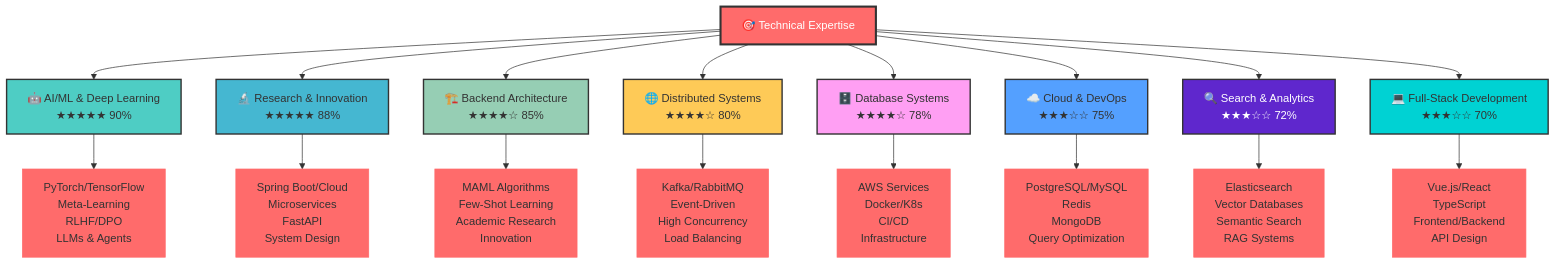
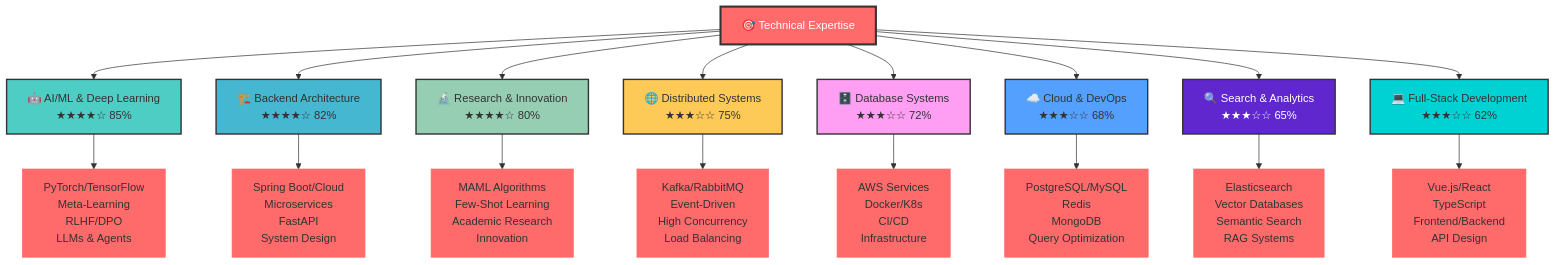
The diagram in README.md (PrescottClub/PrescottClub), drawn with Mermaid before and after one commit. The commit also changed other lines of this file, not shown here.

Commit message:
Adjust skill ratings to be more modest and realistic
- Reduced AI/ML from 90% to 85% (still strong but humble)
- Backend Architecture: 82% (7 years solid experience)
- Research & Innovation: 80% (active but learning)
- Other skills: 62-75% range (honest self-assessment)
- Updated both Mermaid chart and table for consistency

````diff
--- a/README.md
+++ b/README.md
@@ -75,31 +75,31 @@
 ```mermaid
 %%{init: {'theme':'base', 'themeVariables': { 'primaryColor': '#ff6b6b', 'primaryTextColor': '#333', 'primaryBorderColor': '#ff6b6b', 'lineColor': '#333', 'secondaryColor': '#006100', 'tertiaryColor': '#fff'}}}%%
 graph TD
-    A[🎯 Technical Expertise] --> B[🤖 AI/ML & Deep Learning<br/>★★★★★ 90%]
-    A --> C[🔬 Research & Innovation<br/>★★★★★ 88%]
-    A --> D[🏗️ Backend Architecture<br/>★★★★☆ 85%]
-    A --> E[🌐 Distributed Systems<br/>★★★★☆ 80%]
-    A --> F[🗄️ Database Systems<br/>★★★★☆ 78%]
-    A --> G[☁️ Cloud & DevOps<br/>★★★☆☆ 75%]
-    A --> H[🔍 Search & Analytics<br/>★★★☆☆ 72%]
-    A --> I[💻 Full-Stack Development<br/>★★★☆☆ 70%]
+    A[🎯 Technical Expertise] --> B[🤖 AI/ML & Deep Learning<br/>★★★★☆ 85%]
+    A --> C[🏗️ Backend Architecture<br/>★★★★☆ 82%]
+    A --> D[🔬 Research & Innovation<br/>★★★★☆ 80%]
+    A --> E[🌐 Distributed Systems<br/>★★★☆☆ 75%]
+    A --> F[🗄️ Database Systems<br/>★★★☆☆ 72%]
+    A --> G[☁️ Cloud & DevOps<br/>★★★☆☆ 68%]
+    A --> H[🔍 Search & Analytics<br/>★★★☆☆ 65%]
+    A --> I[💻 Full-Stack Development<br/>★★★☆☆ 62%]
 
     B --> B1[PyTorch/TensorFlow<br/>Meta-Learning<br/>RLHF/DPO<br/>LLMs & Agents]
     C --> C1[Spring Boot/Cloud<br/>Microservices<br/>FastAPI<br/>System Design]
     D --> D1[MAML Algorithms<br/>Few-Shot Learning<br/>Academic Research<br/>Innovation]
     E --> E1[Kafka/RabbitMQ<br/>Event-Driven<br/>High Concurrency<br/>Load Balancing]
     F --> F1[AWS Services<br/>Docker/K8s<br/>CI/CD<br/>Infrastructure]
     G --> G1[PostgreSQL/MySQL<br/>Redis<br/>MongoDB<br/>Query Optimization]
     H --> H1[Elasticsearch<br/>Vector Databases<br/>Semantic Search<br/>RAG Systems]
     I --> I1[Vue.js/React<br/>TypeScript<br/>Frontend/Backend<br/>API Design]
 
     style A fill:#ff6b6b,stroke:#333,stroke-width:3px,color:#fff
     style B fill:#4ecdc4,stroke:#333,stroke-width:2px
     style C fill:#45b7d1,stroke:#333,stroke-width:2px
     style D fill:#96ceb4,stroke:#333,stroke-width:2px
     style E fill:#feca57,stroke:#333,stroke-width:2px
     style F fill:#ff9ff3,stroke:#333,stroke-width:2px
     style G fill:#54a0ff,stroke:#333,stroke-width:2px
     style H fill:#5f27cd,stroke:#333,stroke-width:2px,color:#fff
     style I fill:#00d2d3,stroke:#333,stroke-width:2px
 ```
````
